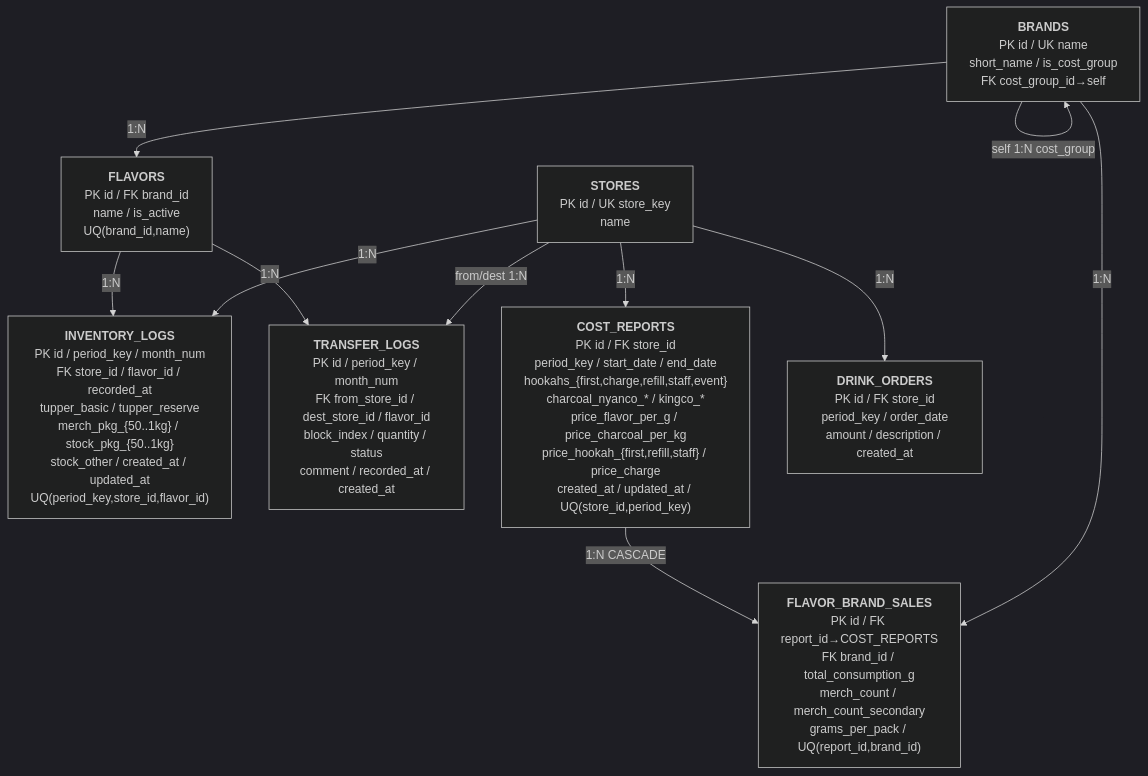
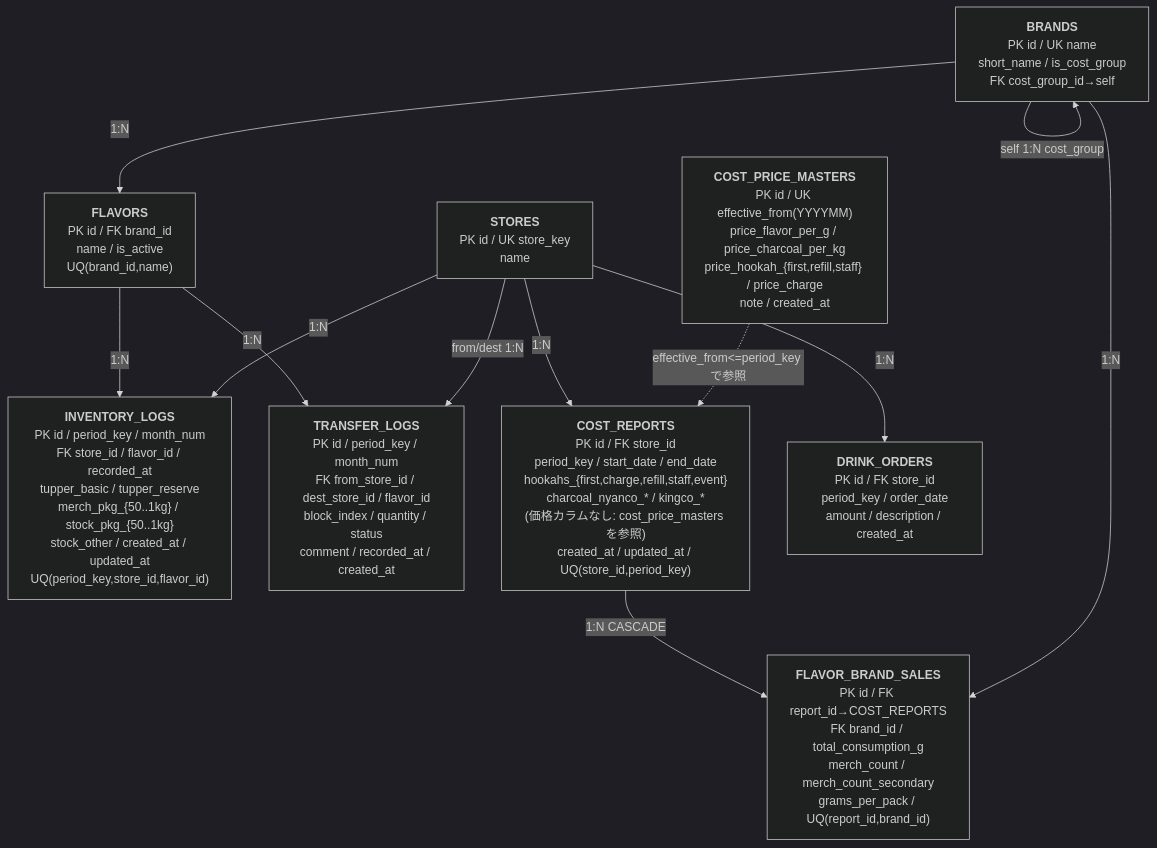
One commit to daiki100325/vangvieng-app changed the diagram in notes/V-MINT2.0_supabase-er-diagram.md. Above: the diagram before and after it, drawn with Mermaid (dark theme). The commit also changed other lines of this file and 10 other files, not shown here.

First line of the commit message:
feat(V-MINT2.0): 単位原価をマスタ参照型へ刷新 — cost_reports 価格6カラム廃止

````diff
--- a/notes/V-MINT2.0_supabase-er-diagram.md
+++ b/notes/V-MINT2.0_supabase-er-diagram.md
@@ -34,61 +35,67 @@
 ```mermaid
 flowchart TD
     STORES["`**STORES**
     PK id / UK store_key
     name`"]
 
     BRANDS["`**BRANDS**
     PK id / UK name
     short_name / is_cost_group
     FK cost_group_id→self`"]
 
     FLAVORS["`**FLAVORS**
     PK id / FK brand_id
     name / is_active
     UQ(brand_id,name)`"]
 
     INVENTORY["`**INVENTORY_LOGS**
     PK id / period_key / month_num
     FK store_id / flavor_id / recorded_at
     tupper_basic / tupper_reserve
     merch_pkg_{50..1kg} / stock_pkg_{50..1kg}
     stock_other / created_at / updated_at
     UQ(period_key,store_id,flavor_id)`"]
 
     TRANSFER["`**TRANSFER_LOGS**
     PK id / period_key / month_num
     FK from_store_id / dest_store_id / flavor_id
     block_index / quantity / status
     comment / recorded_at / created_at`"]
 
     COST_REPORTS["`**COST_REPORTS**
     PK id / FK store_id
     period_key / start_date / end_date
     hookahs_{first,charge,refill,staff,event}
     charcoal_nyanco_* / kingco_*
-    price_flavor_per_g / price_charcoal_per_kg
-    price_hookah_{first,refill,staff} / price_charge
+    (価格カラムなし: cost_price_masters を参照)
     created_at / updated_at / UQ(store_id,period_key)`"]
 
     DRINK_ORDERS["`**DRINK_ORDERS**
     PK id / FK store_id
     period_key / order_date
     amount / description / created_at`"]
 
     FLAVOR_BRAND_SALES["`**FLAVOR_BRAND_SALES**
     PK id / FK report_id→COST_REPORTS
     FK brand_id / total_consumption_g
     merch_count / merch_count_secondary
     grams_per_pack / UQ(report_id,brand_id)`"]
 
+    COST_PRICE_MASTERS["`**COST_PRICE_MASTERS**
+    PK id / UK effective_from(YYYYMM)
+    price_flavor_per_g / price_charcoal_per_kg
+    price_hookah_{first,refill,staff} / price_charge
+    note / created_at`"]
+
     BRANDS -->|self 1:N cost_group| BRANDS
     BRANDS -->|1:N| FLAVORS
     FLAVORS -->|1:N| INVENTORY
     STORES -->|1:N| INVENTORY
     FLAVORS -->|1:N| TRANSFER
     STORES -->|from/dest 1:N| TRANSFER
     STORES -->|1:N| COST_REPORTS
     STORES -->|1:N| DRINK_ORDERS
     COST_REPORTS -->|1:N CASCADE| FLAVOR_BRAND_SALES
     BRANDS -->|1:N| FLAVOR_BRAND_SALES
+    COST_PRICE_MASTERS -.->|effective_from<=period_key で参照| COST_REPORTS
 ```
````
